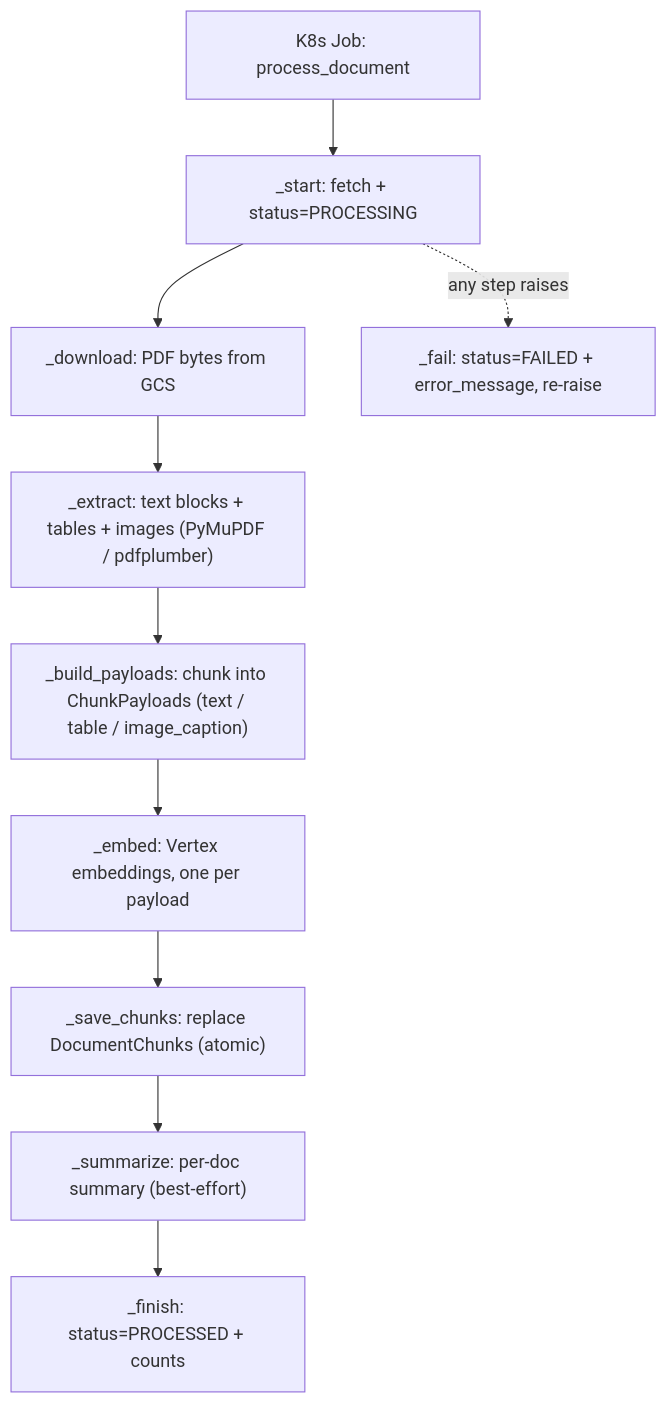
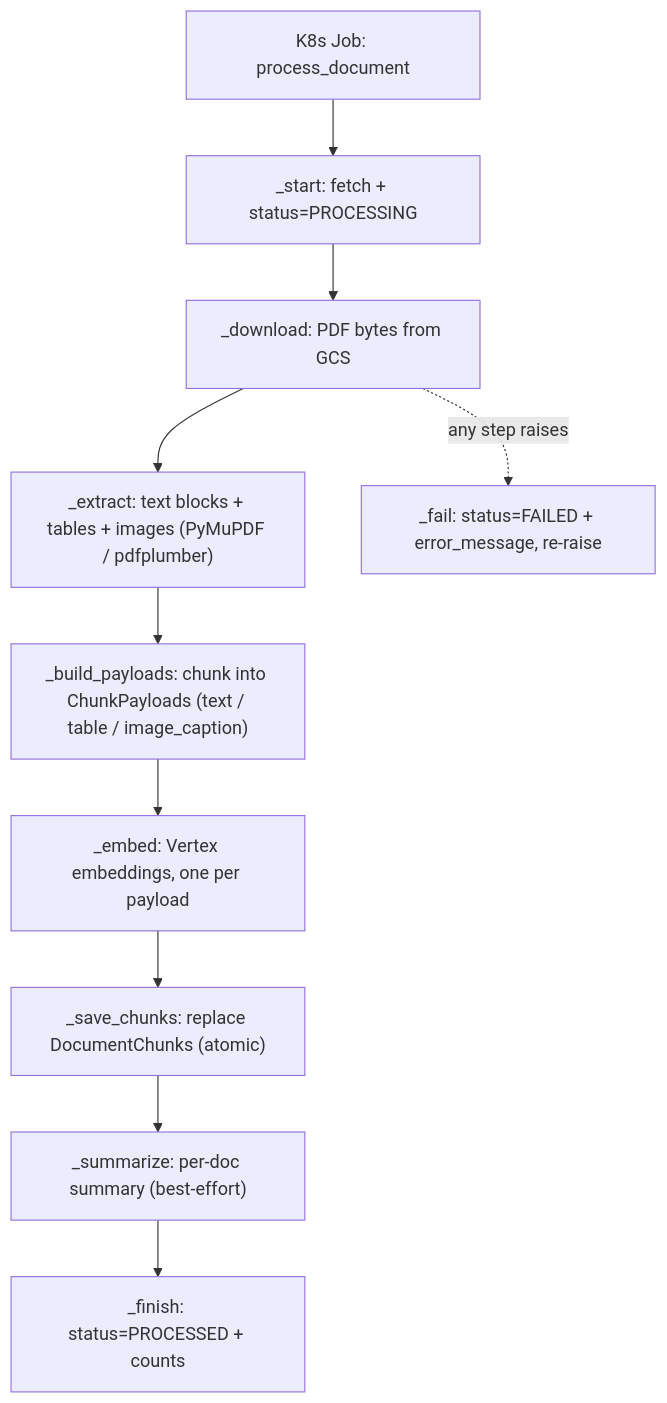
One commit to hashaaamm/collateral-ai changed the first of 2 diagrams in docs/workers-flow.md. Above: the diagram before and after it, drawn with Mermaid. The commit also changed 1 other file, not shown here.

Commit message:
fix(docs+comments): correct failure-edge origin; K8s not Cloud Run

````diff
--- a/docs/workers-flow.md
+++ b/docs/workers-flow.md
@@ -36,12 +36,12 @@
 ```mermaid
 flowchart TD
     CMD["K8s Job: process_document"] --> START_["_start: fetch + status=PROCESSING"]
     START_ --> DL["_download: PDF bytes from GCS"]
     DL --> EX["_extract: text blocks + tables + images (PyMuPDF / pdfplumber)"]
     EX --> CH["_build_payloads: chunk into ChunkPayloads (text / table / image_caption)"]
     CH --> EM["_embed: Vertex embeddings, one per payload"]
     EM --> SV["_save_chunks: replace DocumentChunks (atomic)"]
     SV --> SM["_summarize: per-doc summary (best-effort)"]
     SM --> FIN["_finish: status=PROCESSED + counts"]
-    START_ -. "any step raises" .-> FAIL["_fail: status=FAILED + error_message, re-raise"]
+    DL -. "any step raises" .-> FAIL["_fail: status=FAILED + error_message, re-raise"]
 ```
````
